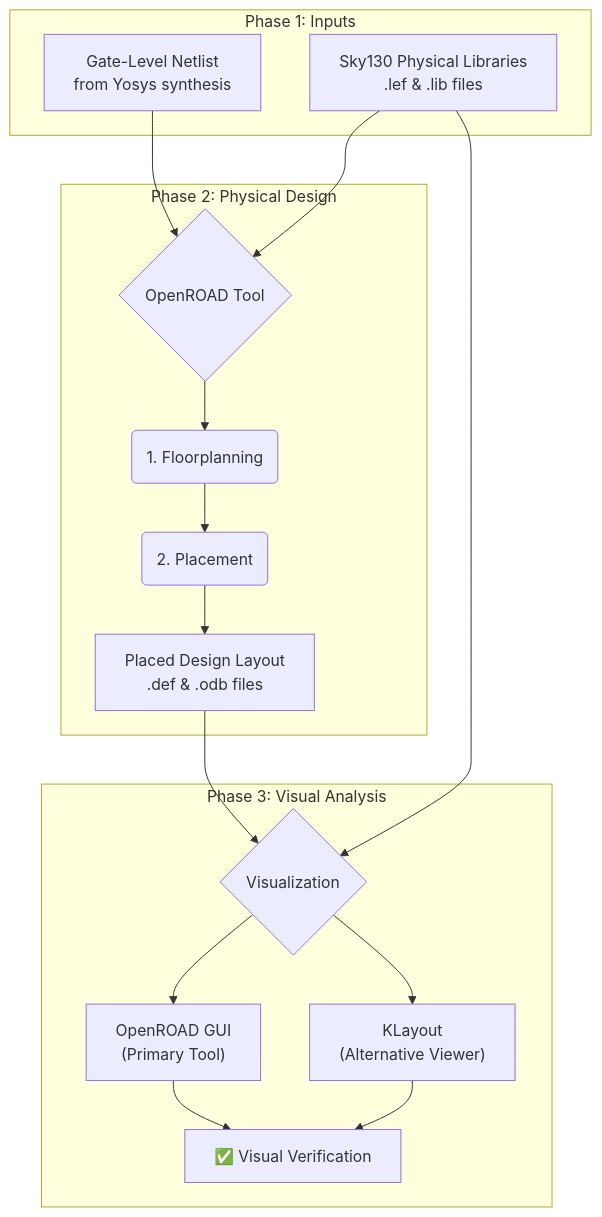
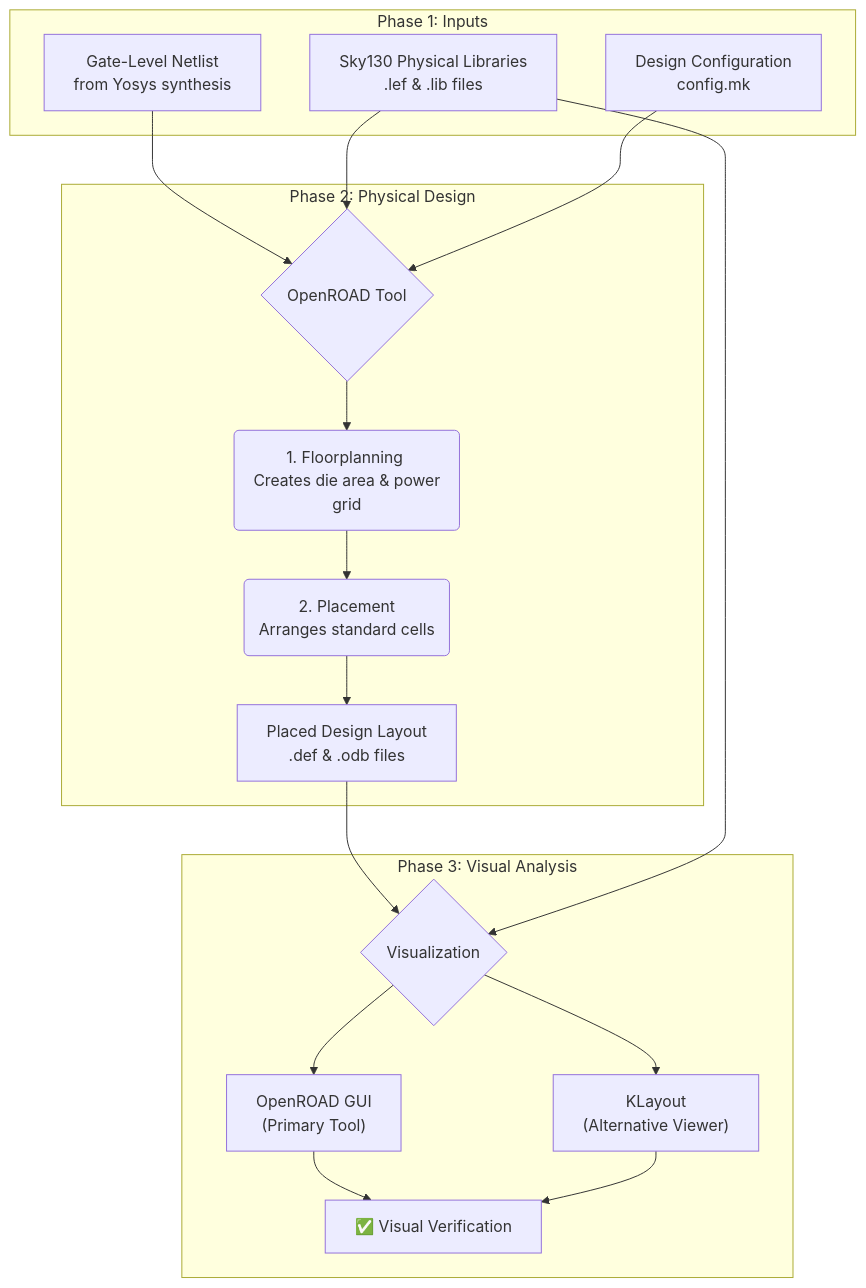
Before and after one commit to Purush-5268/Paidipilli_Purushotham_RISC-V-SOC-VSD-Week_5: the diagram in README.md, drawn with Mermaid.

````diff
--- a/README.md
+++ b/README.md
@@ -13,24 +13,26 @@
 ```mermaid
 graph TD
     subgraph "Phase 1: Inputs"
         A[Gate-Level Netlist <br/> from Yosys synthesis];
         B[Sky130 Physical Libraries <br/> .lef & .lib files];
+        C[Design Configuration <br/> config.mk];
     end
 
     subgraph "Phase 2: Physical Design "
-        A --> C{OpenROAD Tool};
-        B --> C;
-        C --> D(1. Floorplanning);
-        D --> E(2. Placement);
-        E --> F[Placed Design Layout <br/> .def & .odb files];
+        A --> D{OpenROAD Tool};
+        B --> D;
+        C --> D;
+        D --> E(1. Floorplanning <br/> Creates die area & power grid);
+        E --> F(2. Placement <br/> Arranges standard cells);
+        F --> G[Placed Design Layout <br/> .def & .odb files];
     end
 
     subgraph "Phase 3: Visual Analysis"
-        F --> G{Visualization};
-        B --> G;
-        G --> H["OpenROAD GUI <br/> (Primary Tool)"];
-        G --> I["KLayout <br/> (Alternative Viewer)"];
-        H --> J[✅ Visual Verification];
-        I --> J;
+        G --> H{Visualization};
+        B --> H;
+        H --> I["OpenROAD GUI <br/> (Primary Tool)"];
+        H --> J["KLayout <br/> (Alternative Viewer)"];
+        I --> K[✅ Visual Verification];
+        J --> K;
     end
 ```
````
